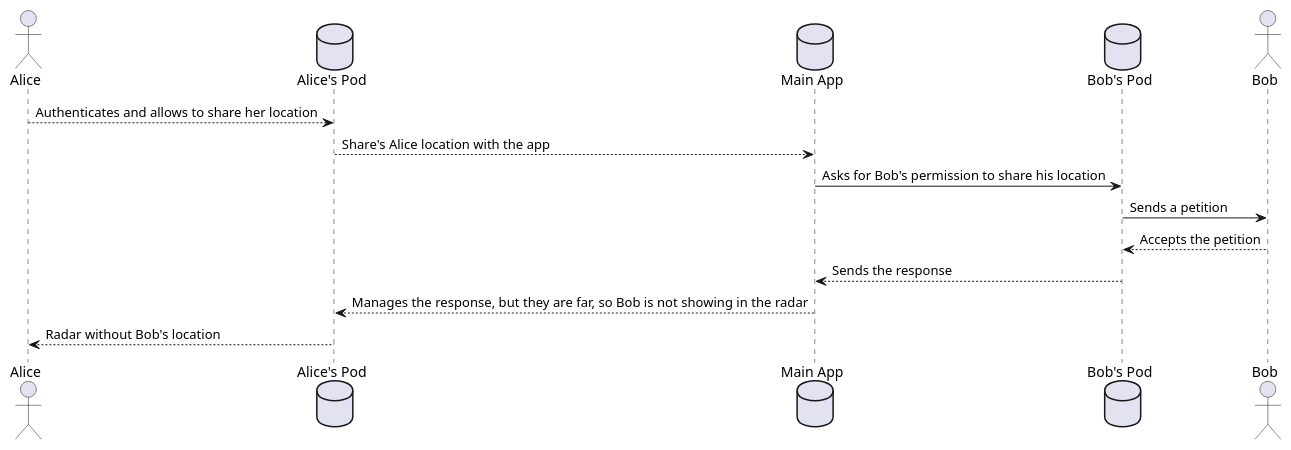
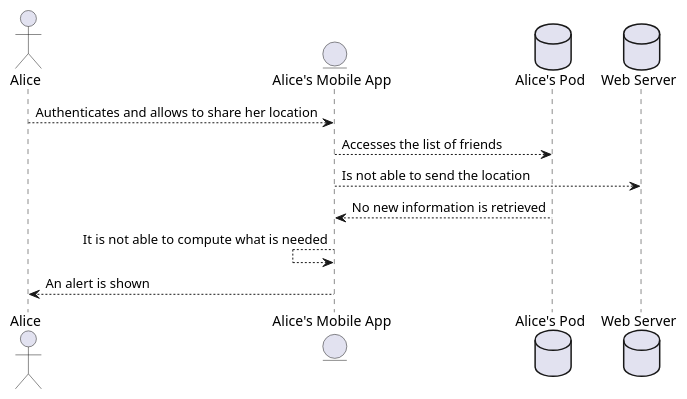
Before and after one commit to Arquisoft/radarin_en1b: the second of 2 diagrams in webapp/docs/06_runtime_view.adoc, drawn with PlantUML. The commit also changed other lines of this file, not shown here.

```diff
--- a/webapp/docs/06_runtime_view.adoc
+++ b/webapp/docs/06_runtime_view.adoc
@@ -99,16 +62,13 @@
-[plantuml,"Sequence diagram 3",png]
+[plantuml,"Sequence diagram 2",png]
 ----
 actor Alice
+entity MAApp as "Alice's Mobile App"
 database Pod1 as "Alice's Pod"
-database App as "Main App"
-database Pod2 as "Bob's Pod"
-actor Bob
-Alice --> Pod1: Authenticates and allows to share her location
-Pod1 --> App: Share's Alice location with the app
-App  -> Pod2: Asks for Bob's permission to share his location
-Pod2 -> Bob: Sends a petition
-Pod2 <-- Bob: Accepts the petition
-App <-- Pod2: Sends the response
-Pod1 <-- App: Manages the response, but they are far, so Bob is not showing in the radar
-Alice <-- Pod1: Radar without Bob's location
+database Server as "Web Server"
+Alice --> MAApp: Authenticates and allows to share her location
+MAApp --> Pod1: Accesses the list of friends
+MAApp --> Server: Is not able to send the location
+MAApp <-- Pod1: No new information is retrieved
+MAApp <-- MAApp: It is not able to compute what is needed
+Alice <-- MAApp: An alert is shown
 ----
```
